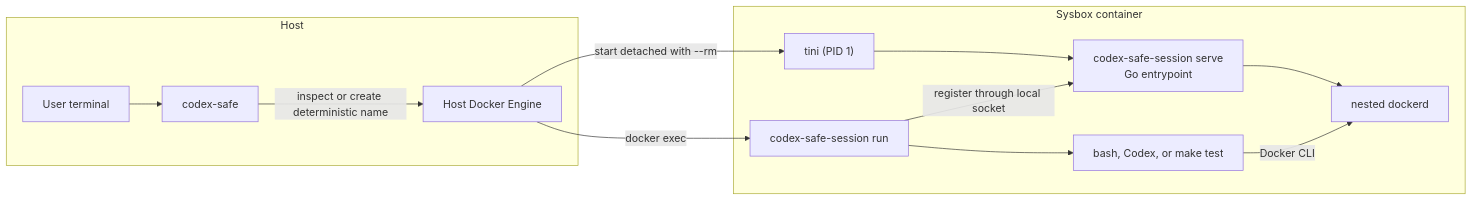
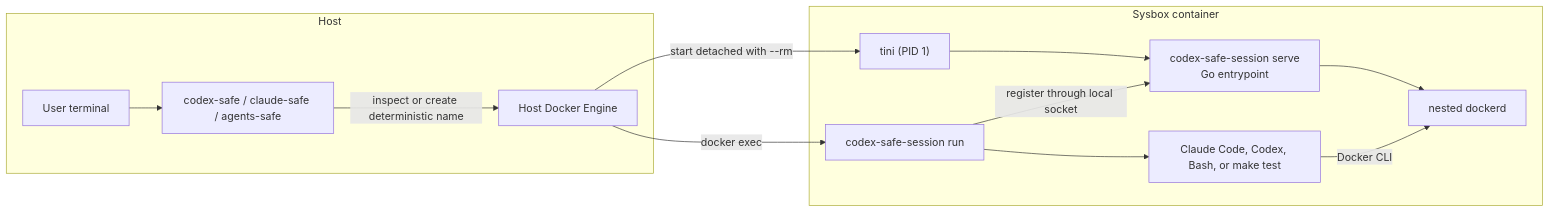
The first of 2 diagrams in docs/design-docs/go-session-manager.md (vkuptcov/agents-safe-environment), drawn with Mermaid before and after one commit. The commit also changed other lines of this file and 48 other files, not shown here.

Commit message:
Claude code support (#13)

````diff
--- a/docs/design-docs/go-session-manager.md
+++ b/docs/design-docs/go-session-manager.md
@@ -68,18 +68,18 @@
 ```mermaid
 flowchart LR
     subgraph Host["Host"]
-        User["User terminal"] --> Launcher["codex-safe"]
+        User["User terminal"] --> Launcher["codex-safe / claude-safe / agents-safe"]
         Launcher -->|"inspect or create deterministic name"| Engine["Host Docker Engine"]
     end
 
     subgraph Container["Sysbox container"]
         Init["tini (PID 1)"] --> Manager["codex-safe-session serve<br/>Go entrypoint"]
         Manager --> Inner["nested dockerd"]
         Wrapper["codex-safe-session run"] -->|"register through local socket"| Manager
-        Wrapper --> Command["bash, Codex, or make test"]
+        Wrapper --> Command["Claude Code, Codex, Bash, or make test"]
         Command -->|"Docker CLI"| Inner
     end
 
     Engine -->|"start detached with --rm"| Init
     Engine -->|"docker exec"| Wrapper
 ```
````
